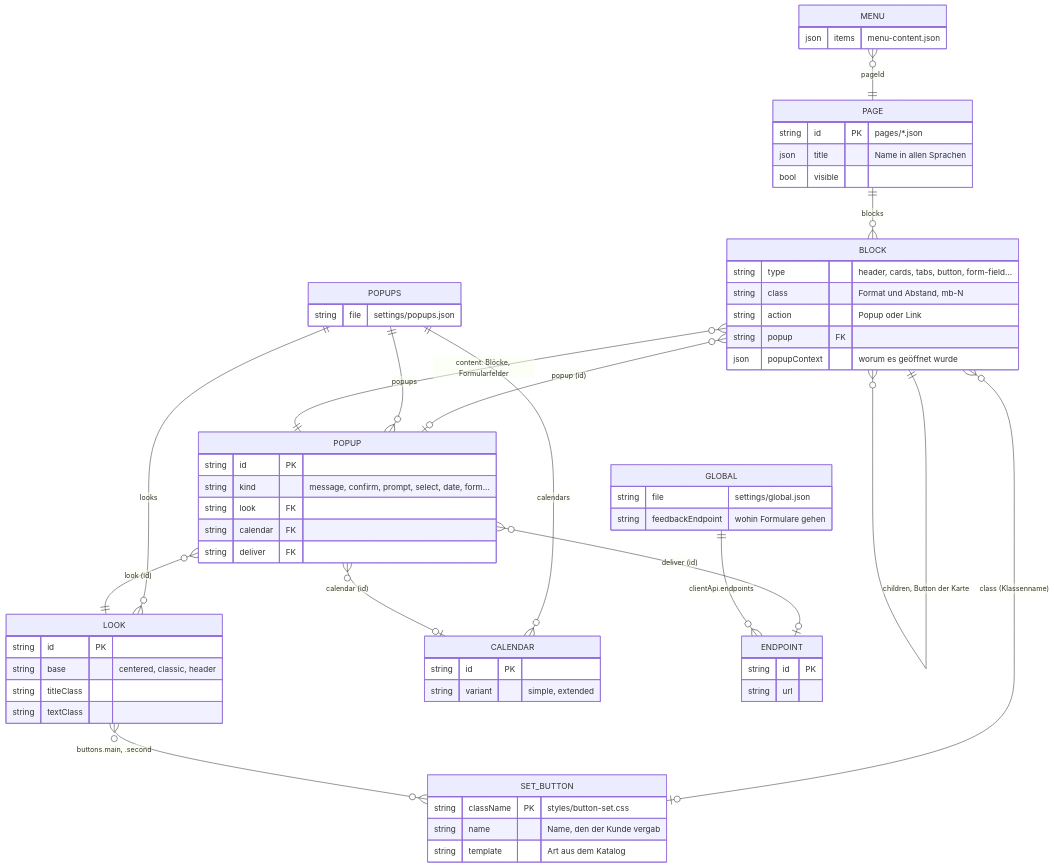
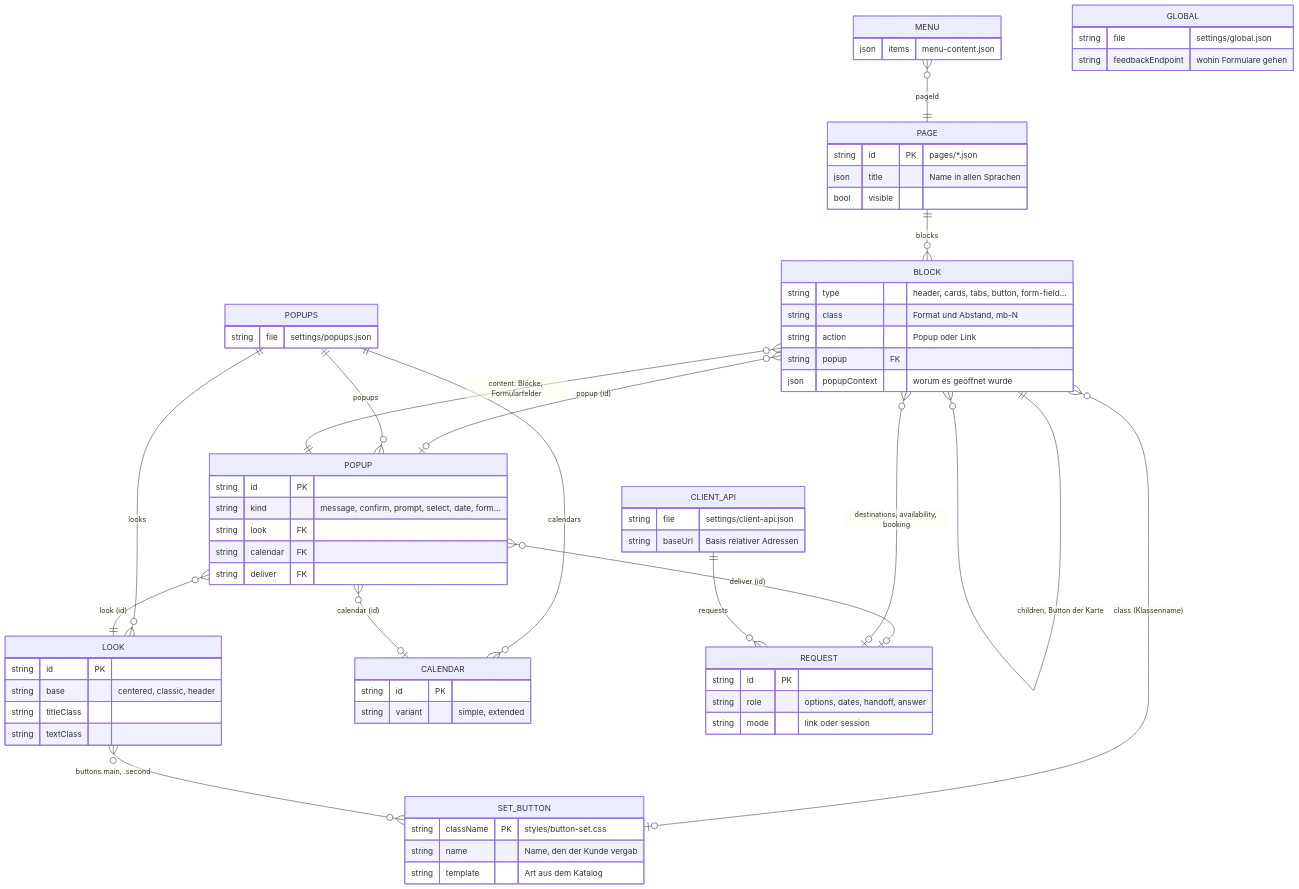
Before and after one commit to garevna/sve-studio: the diagram in docs/architecture/data.de.mmd, drawn with Mermaid. The commit also changed 67 other files, not shown here.

First line of the commit message:
Docking block: @sve/dock, «Підключення API», hotel search, hosted demo client

```diff
--- a/docs/architecture/data.de.mmd
+++ b/docs/architecture/data.de.mmd
@@ -1,64 +1,70 @@
 erDiagram
   PAGE ||--o{ BLOCK : "blocks"
   BLOCK ||--o{ BLOCK : "children, Button der Karte"
   MENU }o--|| PAGE : "pageId"
   BLOCK }o--o| POPUP : "popup (id)"
   BLOCK }o--o| SET_BUTTON : "class (Klassenname)"
   POPUPS ||--o{ POPUP : "popups"
   POPUPS ||--o{ LOOK : "looks"
   POPUPS ||--o{ CALENDAR : "calendars"
   POPUP }o--|| LOOK : "look (id)"
   POPUP }o--o| CALENDAR : "calendar (id)"
   POPUP ||--o{ BLOCK : "content: Blöcke, Formularfelder"
-  POPUP }o--o| ENDPOINT : "deliver (id)"
+  POPUP }o--o| REQUEST : "deliver (id)"
+  BLOCK }o--o| REQUEST : "destinations, availability, booking"
   LOOK }o--o{ SET_BUTTON : "buttons.main, .second"
-  GLOBAL ||--o{ ENDPOINT : "clientApi.endpoints"
+  CLIENT_API ||--o{ REQUEST : "requests"
 
   PAGE {
     string id PK "pages/*.json"
     json title "Name in allen Sprachen"
     bool visible
   }
   BLOCK {
     string type "header, cards, tabs, button, form-field..."
     string class "Format und Abstand, mb-N"
     string action "Popup oder Link"
     string popup FK
     json popupContext "worum es geöffnet wurde"
   }
   MENU {
     json items "menu-content.json"
   }
   POPUPS {
     string file "settings/popups.json"
   }
   POPUP {
     string id PK
     string kind "message, confirm, prompt, select, date, form..."
     string look FK
     string calendar FK
     string deliver FK
   }
   LOOK {
     string id PK
     string base "centered, classic, header"
     string titleClass
     string textClass
   }
   CALENDAR {
     string id PK
     string variant "simple, extended"
   }
   SET_BUTTON {
     string className PK "styles/button-set.css"
     string name "Name, den der Kunde vergab"
     string template "Art aus dem Katalog"
   }
   GLOBAL {
     string file "settings/global.json"
     string feedbackEndpoint "wohin Formulare gehen"
   }
-  ENDPOINT {
+  CLIENT_API {
+    string file "settings/client-api.json"
+    string baseUrl "Basis relativer Adressen"
+  }
+  REQUEST {
     string id PK
-    string url
+    string role "options, dates, handoff, answer"
+    string mode "link oder session"
   }
```
